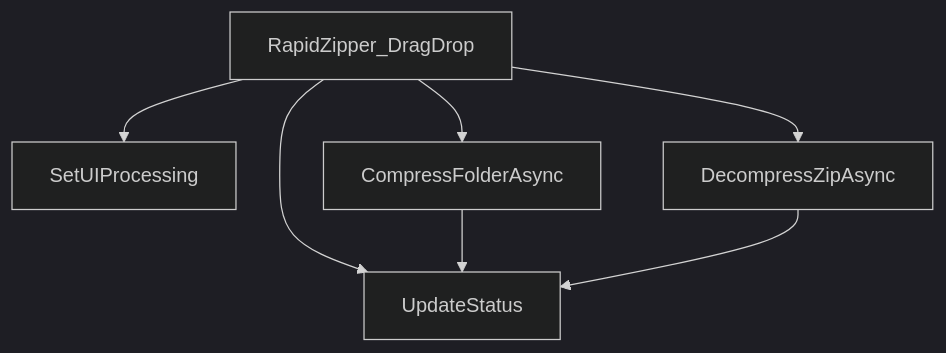
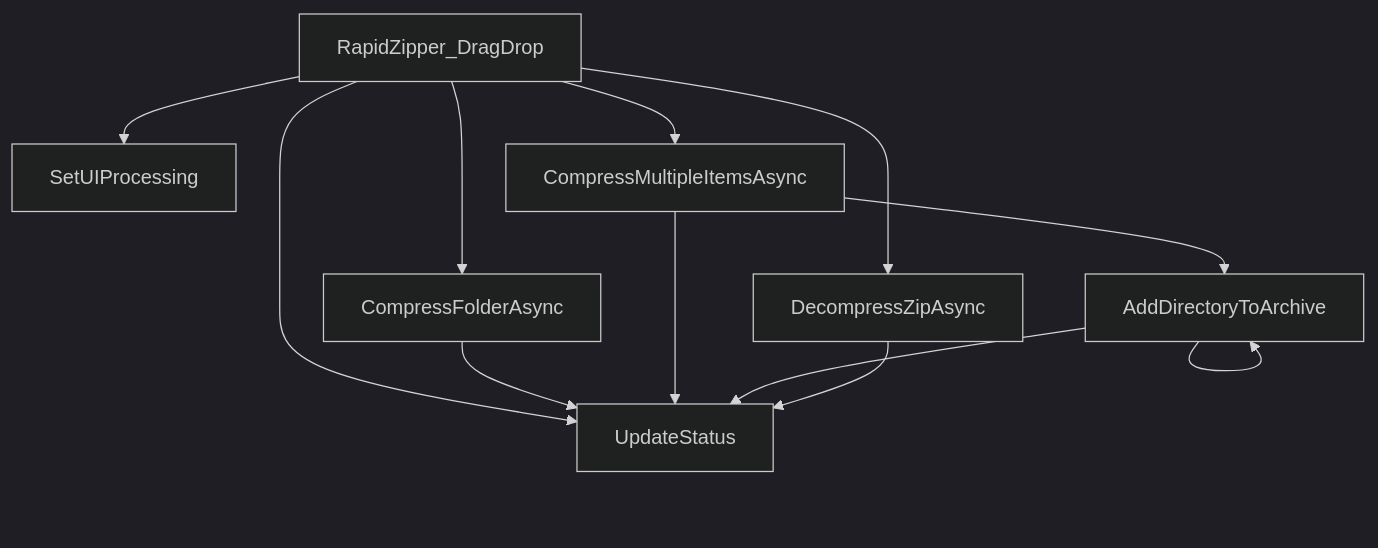
The diagram in docs/variables'n'functions/[C#]Form1.md (DovahkiinYuzuko/rapid-zipper), drawn with Mermaid (dark theme) before and after one commit. The commit also changed other lines of this file and 1 other file, not shown here.

````diff
--- a/docs/variables'n'functions/[C#]Form1.md
+++ b/docs/variables'n'functions/[C#]Form1.md
@@ -81,9 +100,14 @@
 ```mermaid
 graph TD
     RapidZipper_DragDrop --> SetUIProcessing
     RapidZipper_DragDrop --> CompressFolderAsync
     RapidZipper_DragDrop --> DecompressZipAsync
+    RapidZipper_DragDrop --> CompressMultipleItemsAsync
     RapidZipper_DragDrop --> UpdateStatus
     CompressFolderAsync --> UpdateStatus
+    CompressMultipleItemsAsync --> AddDirectoryToArchive
+    CompressMultipleItemsAsync --> UpdateStatus
+    AddDirectoryToArchive --> UpdateStatus
+    AddDirectoryToArchive --> AddDirectoryToArchive
     DecompressZipAsync --> UpdateStatus
 ```
````
